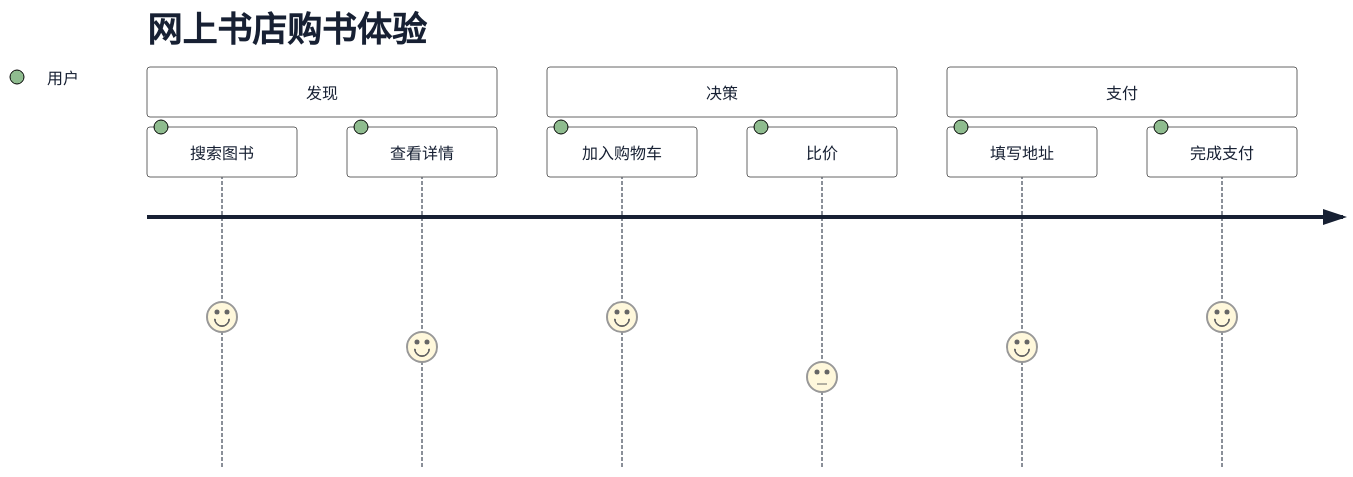
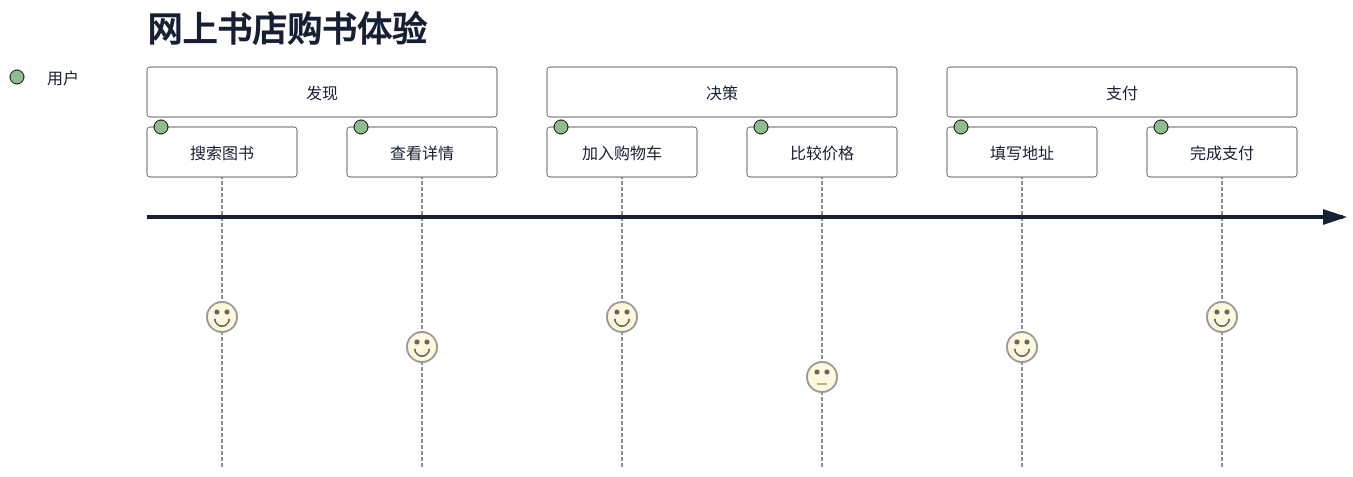
Before and after one commit to BeWaterMyFriend7/SKILL-PROJECT: the diagram in .opencode/skills/mermaid-gen/examples/user-journey.md, drawn with Mermaid. The commit also changed other lines of this file and 39 other files, not shown here.

First line of the commit message:
优化 mermaid-gen 生成流程与校验能力

````diff
--- a/.opencode/skills/mermaid-gen/examples/user-journey.md
+++ b/.opencode/skills/mermaid-gen/examples/user-journey.md
@@ -2,14 +5,14 @@
 ```mermaid
 %%{init: {"theme":"base","themeVariables":{"fontFamily":"Inter, Noto Sans SC, Microsoft YaHei, sans-serif","primaryColor":"#FFFFFF","primaryBorderColor":"#2563EB","primaryTextColor":"#172033","lineColor":"#64748B","background":"#F6F8FB"}}}%%
 journey
     title 网上书店购书体验
     section 发现
       搜索图书: 5: 用户
       查看详情: 4: 用户
     section 决策
       加入购物车: 5: 用户
-      比价: 3: 用户
+      比较价格: 3: 用户
     section 支付
       填写地址: 4: 用户
       完成支付: 5: 用户
 ```
````
